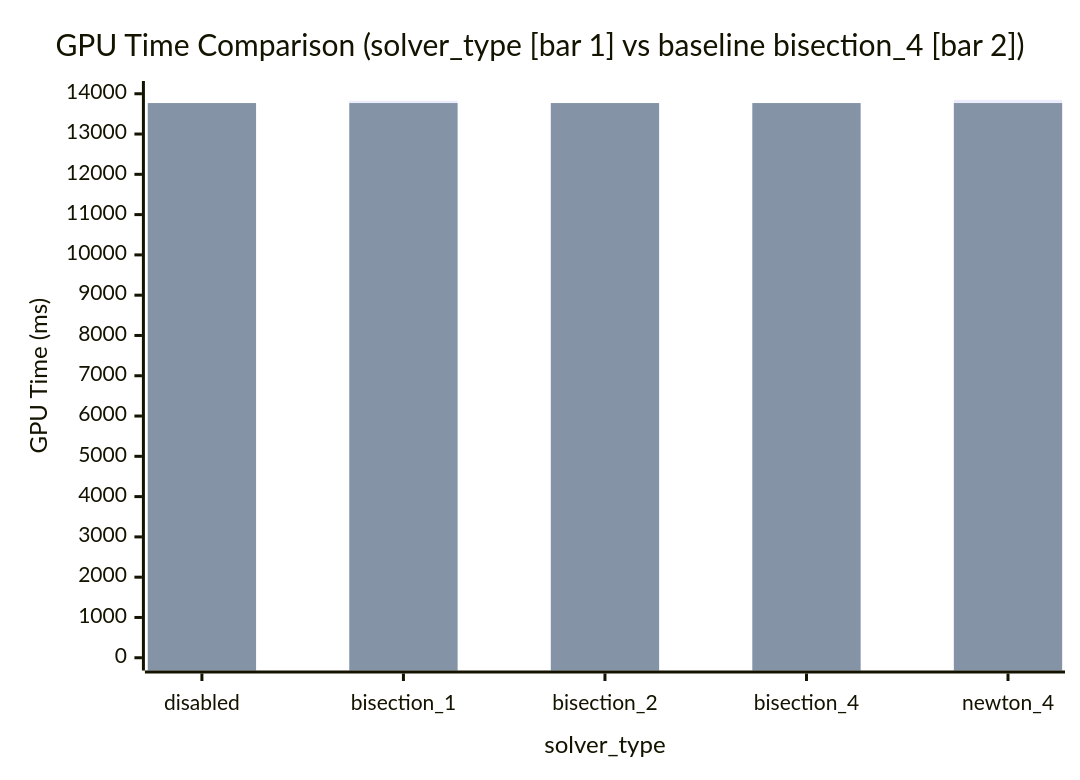
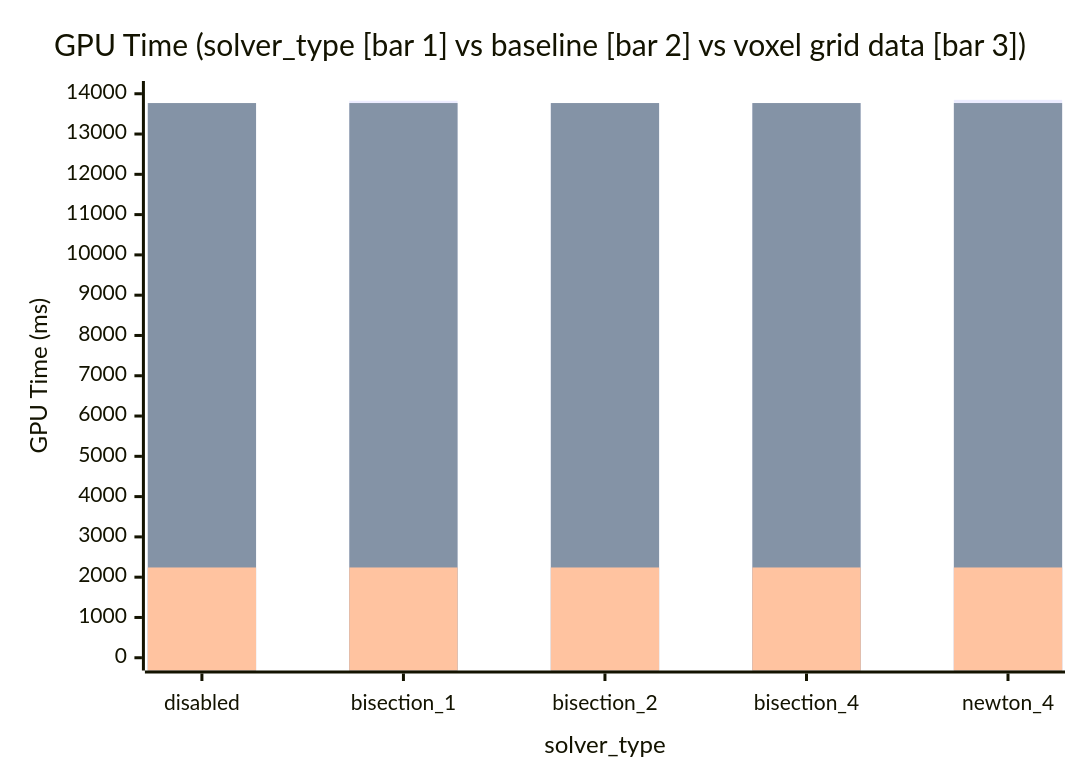
The fourth of 12 diagrams in content/docs/GaborRT/exp-20261023.mdx (VENUSXK/pages), drawn with Mermaid before and after one commit. The commit also changed other lines of this file and 3 other files, not shown here.

````diff
--- a/content/docs/GaborRT/exp-20261023.mdx
+++ b/content/docs/GaborRT/exp-20261023.mdx
@@ -487,8 +554,9 @@
 ```mermaid
 xychart-beta
-    title "GPU Time Comparison (solver_type [bar 1] vs baseline bisection_4 [bar 2])"
+    title "GPU Time (solver_type [bar 1] vs baseline [bar 2] vs voxel grid data [bar 3])"
     x-axis "solver_type" [disabled, bisection_1, bisection_2, bisection_4, newton_4]
     y-axis "GPU Time (ms)" 0 --> 14000
     bar [13571.05, 13825.45, 13756.72, 13769.01, 13849.29]
     bar [13769.01, 13769.01, 13769.01, 13769.01, 13769.01]
+    bar [2240.92, 2240.92, 2240.92, 2240.92, 2240.92]
 ```
````
